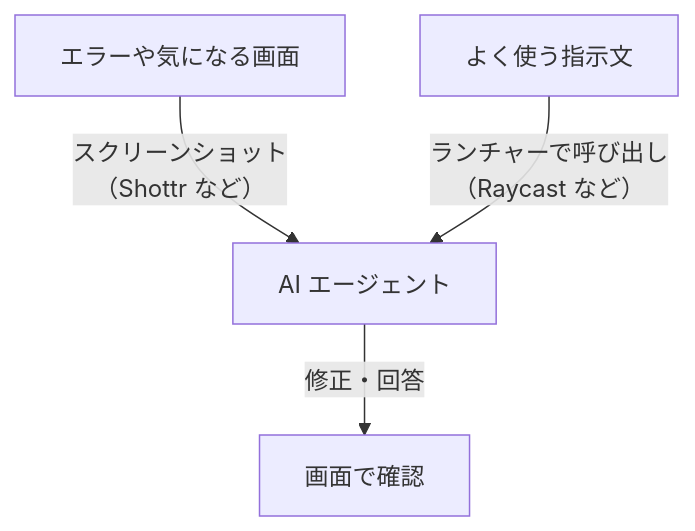
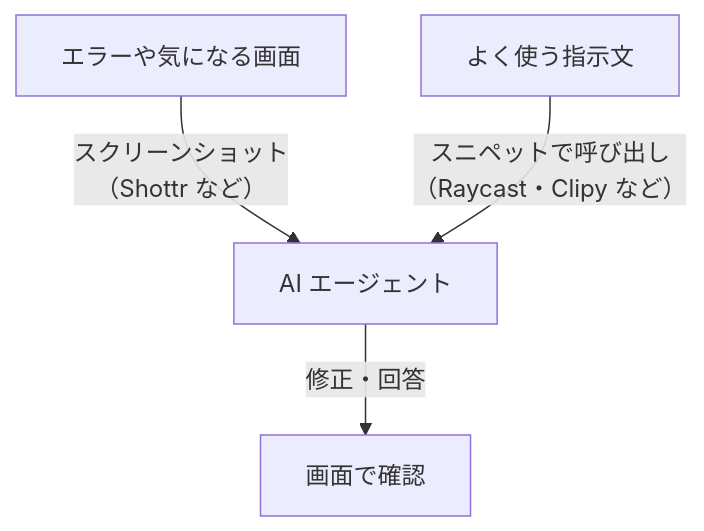
The sixth of 6 diagrams in docs/03-tools.md (fujitamasayoshi0402/ai-dev-setup), drawn with Mermaid before and after one commit. The commit also changed other lines of this file and 1 other file, not shown here.

First line of the commit message:
docs: 便利ツールに Clipy（クリップボード履歴）を追加

````diff
--- a/docs/03-tools.md
+++ b/docs/03-tools.md
@@ -266,6 +266,6 @@
 ```mermaid
 flowchart TD
     err["エラーや気になる画面"] -- "スクリーンショット<br>（Shottr など）" --> agent["AI エージェント"]
-    snip["よく使う指示文"] -- "ランチャーで呼び出し<br>（Raycast など）" --> agent
+    snip["よく使う指示文"] -- "スニペットで呼び出し<br>（Raycast・Clipy など）" --> agent
     agent -- "修正・回答" --> check["画面で確認"]
 ```
````
